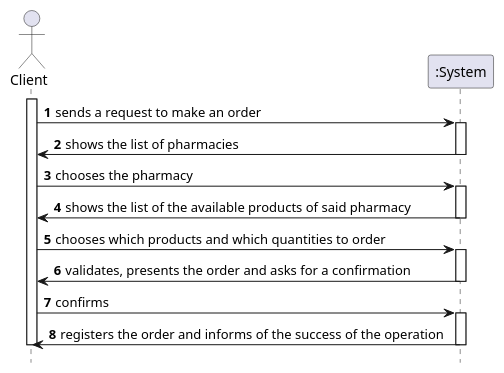
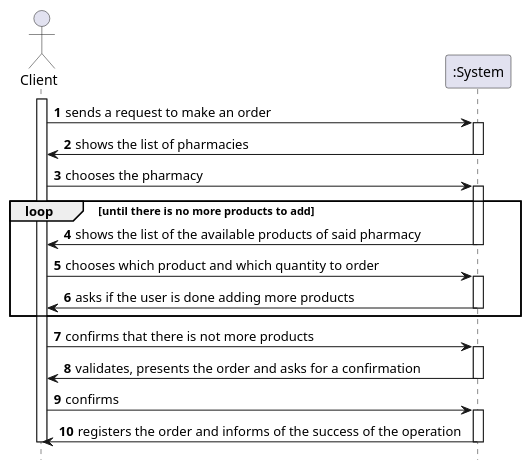
The diagram in docs/Iteration 1/Make An Order/US25_MakeAnOrder/US25_SSD.puml (tiagoavcosta25/LAPR3), drawn with PlantUML before and after one commit. The commit also changed 5 other files, not shown here.

```diff
--- a/docs/Iteration 1/Make An Order/US25_MakeAnOrder/US25_SSD.puml
+++ b/docs/Iteration 1/Make An Order/US25_MakeAnOrder/US25_SSD.puml
@@ -1,32 +1,39 @@
 @startuml
 autonumber
 hide footbox
 
 actor "Client" as CL
 participant ":System" as SYST
 
 activate CL
 
 CL -> SYST : sends a request to make an order
 activate SYST
 SYST -> CL : shows the list of pharmacies
 deactivate SYST
 
 CL -> SYST : chooses the pharmacy
 activate SYST
+loop until there is no more products to add
 SYST -> CL : shows the list of the available products of said pharmacy
 deactivate SYST
 
-CL -> SYST : chooses which products and which quantities to order
+CL -> SYST : chooses which product and which quantity to order
+activate SYST
+SYST -> CL : asks if the user is done adding more products
+deactivate SYST
+end
+
+CL -> SYST : confirms that there is not more products
 activate SYST
 SYST -> CL : validates, presents the order and asks for a confirmation
 deactivate SYST
 
 CL -> SYST : confirms
 activate SYST
 SYST -> CL : registers the order and informs of the success of the operation
 deactivate SYST
 
 deactivate CL
 
 @enduml
```
